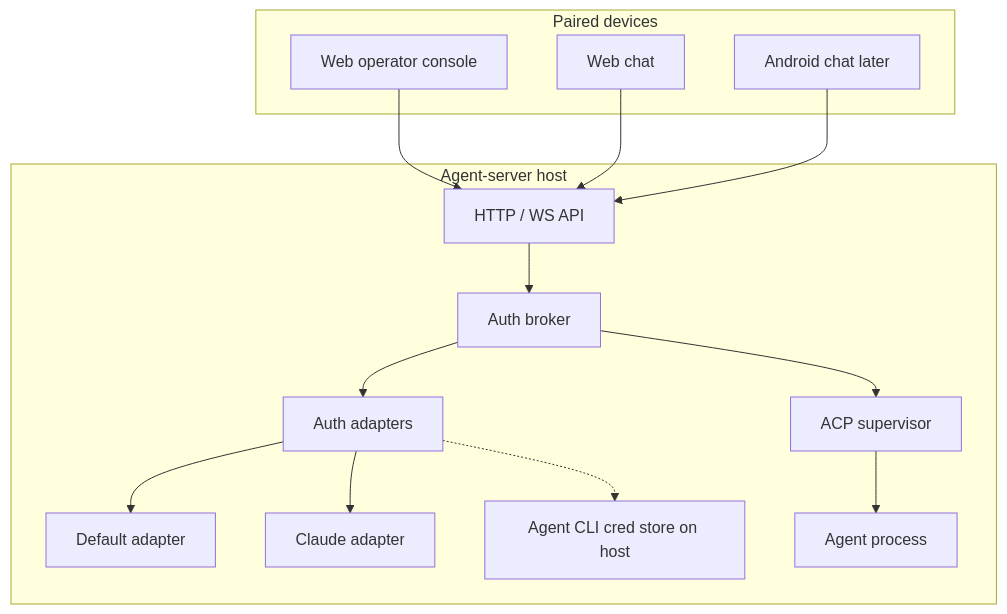
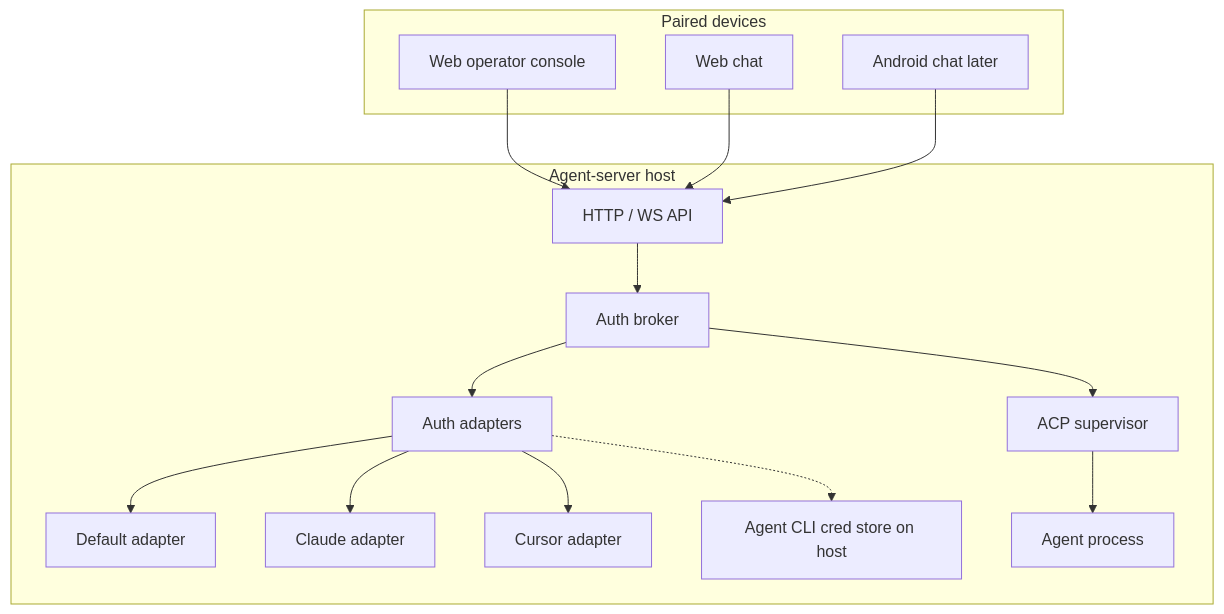
The first of 7 diagrams in docs/adr/0004-agent-auth-broker.md (codenamegary/harold), drawn with Mermaid before and after one commit. The commit also changed other lines of this file and 16 other files, not shown here.

````diff
--- a/docs/adr/0004-agent-auth-broker.md
+++ b/docs/adr/0004-agent-auth-broker.md
@@ -85,30 +87,32 @@
 ```mermaid
 flowchart TB
   subgraph devices [Paired devices]
     Console[Web operator console]
     WebChat[Web chat]
     Android[Android chat later]
   end
 
   subgraph host [Agent-server host]
     API[HTTP / WS API]
     Broker[Auth broker]
     Adapters[Auth adapters]
     Default[Default adapter]
     Claude[Claude adapter]
+    Cursor[Cursor adapter]
     HostCreds[Agent CLI cred store on host]
     Super[ACP supervisor]
     AgentProc[Agent process]
   end
 
   Console --> API
   WebChat --> API
   Android --> API
   API --> Broker
   Broker --> Adapters
   Adapters --> Default
   Adapters --> Claude
+  Adapters --> Cursor
   Adapters -.-> HostCreds
   Broker --> Super
   Super --> AgentProc
 ```
````
